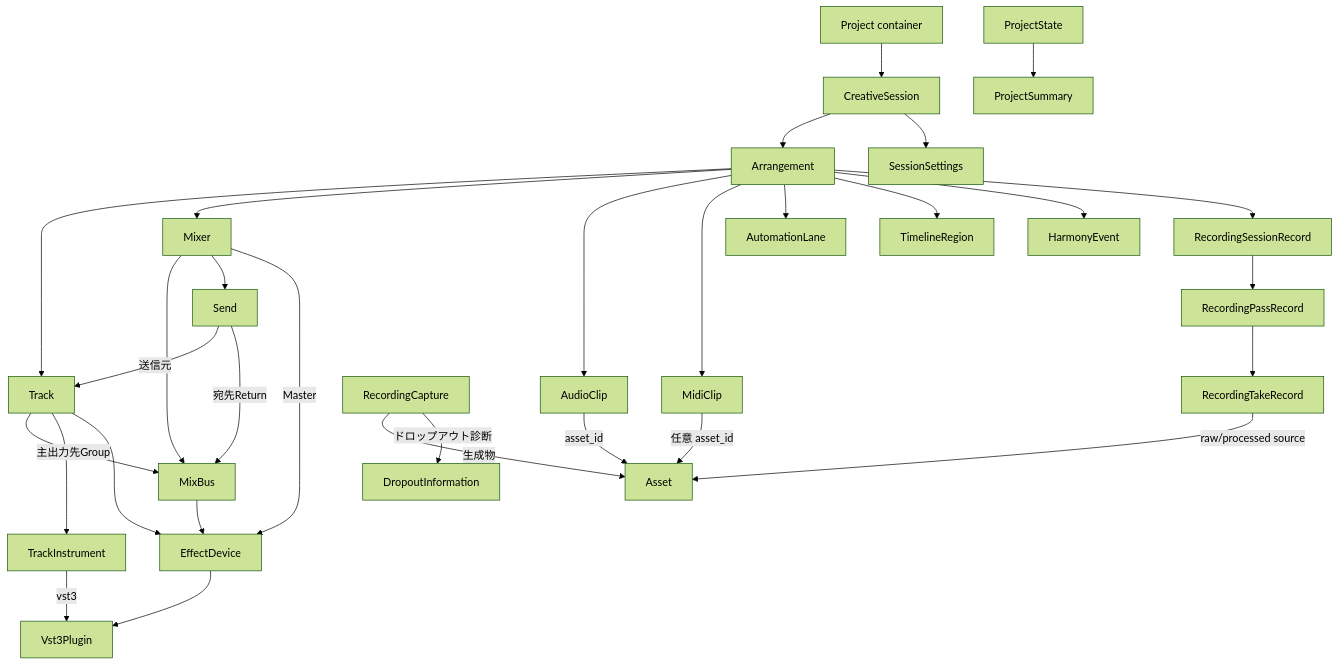
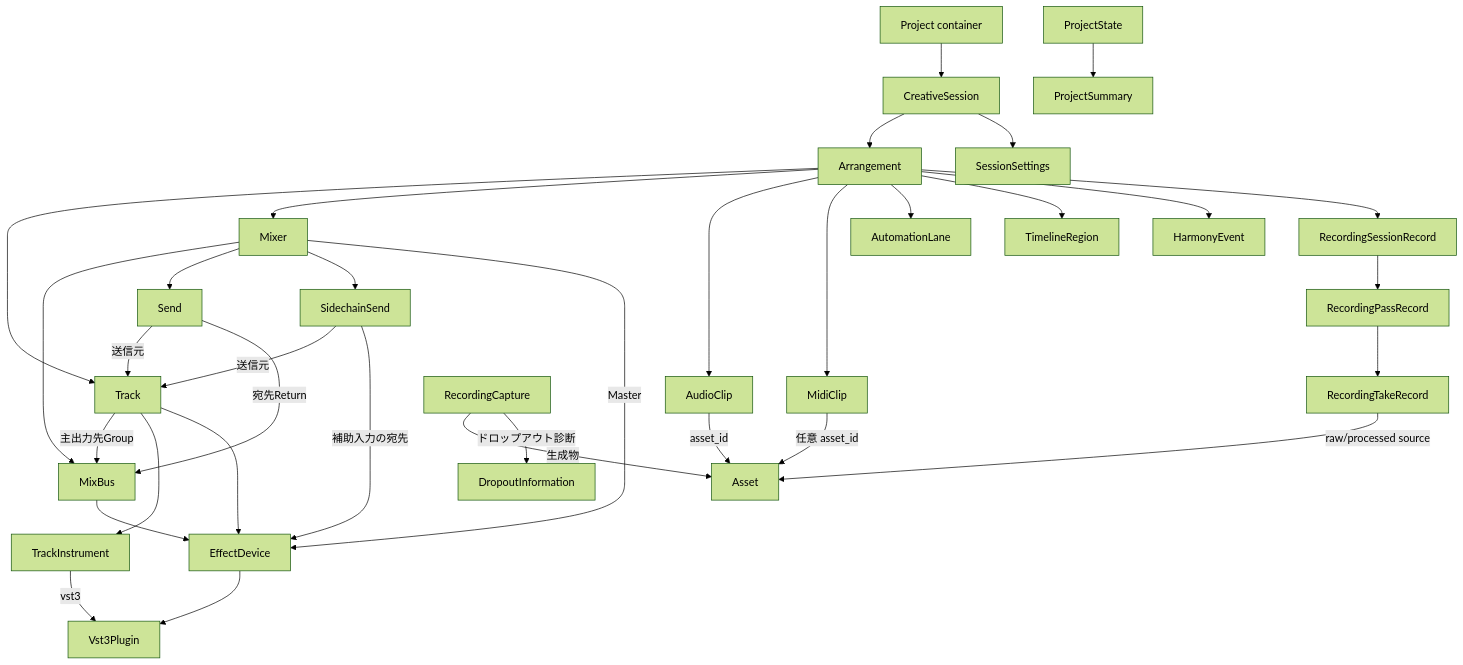
Before and after one commit to endo-ly/riffra: the diagram in docs/data-model.md, drawn with Mermaid (forest theme). The commit also changed other lines of this file and 5 other files, not shown here.

````diff
--- a/docs/data-model.md
+++ b/docs/data-model.md
@@ -177,33 +182,36 @@
 ```mermaid
 flowchart TD
     PC[Project container] --> CS[CreativeSession]
     PS[ProjectState] --> PM[ProjectSummary]
     CS --> AR[Arrangement]
     AR --> TR[Track]
     AR --> MX[Mixer]
     MX --> MB[MixBus]
     MX --> SN[Send]
+    MX --> SC[SidechainSend]
+    SC -->|送信元| TR
+    SC -->|補助入力の宛先| ED
     MX -->|Master| ED[EffectDevice]
     MB --> ED
     TR -->|主出力先Group| MB
     SN -->|送信元| TR
     SN -->|宛先Return| MB
     AR --> AC[AudioClip]
     AR --> MC[MidiClip]
     AR --> AU[AutomationLane]
     AR --> RG[TimelineRegion]
     AR --> HE[HarmonyEvent]
     AR --> RS[RecordingSessionRecord]
     RS --> RP[RecordingPassRecord]
     RP --> RT[RecordingTakeRecord]
     RT -->|raw/processed source| AS[Asset]
     AC -->|asset_id| AS
     MC -->|任意 asset_id| AS
     TR --> TI[TrackInstrument]
     TR --> ED[EffectDevice]
     TI -->|vst3| VP[Vst3Plugin]
     ED --> VP
     CS --> SE[SessionSettings]
     RC[RecordingCapture] -->|生成物| AS
     RC -->|ドロップアウト診断| DI[DropoutInformation]
 ```
````
